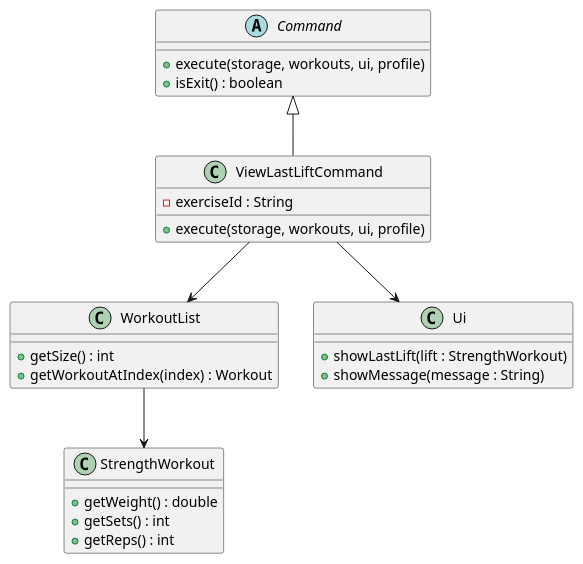
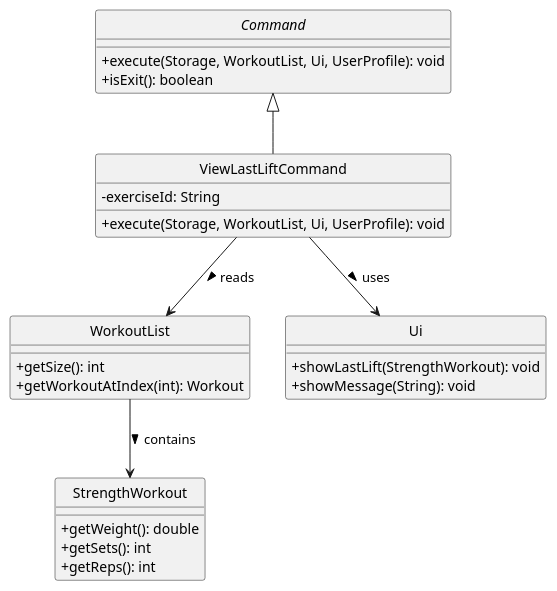
The diagram in docs/diagrams/ViewLastLiftClassDiagram.puml (AY2526S2-CS2113-F09-1/tp), drawn with PlantUML before and after one commit. The commit also changed 11 other files, not shown here.

Commit message:
Standardise UML diagrams

```diff
--- a/docs/diagrams/ViewLastLiftClassDiagram.puml
+++ b/docs/diagrams/ViewLastLiftClassDiagram.puml
@@ -1,32 +1,35 @@
 @startuml
+hide circle
+skinparam classAttributeIconSize 0
+
 abstract class Command {
-    +execute(storage, workouts, ui, profile)
-    +isExit() : boolean
+    + execute(Storage, WorkoutList, Ui, UserProfile): void
+    + isExit(): boolean
 }
 
 class ViewLastLiftCommand {
-    -exerciseId : String
-    +execute(storage, workouts, ui, profile)
+    - exerciseId: String
+    + execute(Storage, WorkoutList, Ui, UserProfile): void
 }
 
 class WorkoutList {
-    +getSize() : int
-    +getWorkoutAtIndex(index) : Workout
+    + getSize(): int
+    + getWorkoutAtIndex(int): Workout
 }
 
 class StrengthWorkout {
-    +getWeight() : double
-    +getSets() : int
-    +getReps() : int
+    + getWeight(): double
+    + getSets(): int
+    + getReps(): int
 }
 
 class Ui {
-    +showLastLift(lift : StrengthWorkout)
-    +showMessage(message : String)
+    + showLastLift(StrengthWorkout): void
+    + showMessage(String): void
 }
 
 Command <|-- ViewLastLiftCommand
-ViewLastLiftCommand --> WorkoutList
-ViewLastLiftCommand --> Ui
-WorkoutList --> StrengthWorkout
+ViewLastLiftCommand --> WorkoutList : reads >
+ViewLastLiftCommand --> Ui : uses >
+WorkoutList --> StrengthWorkout : contains >
 @enduml
```
